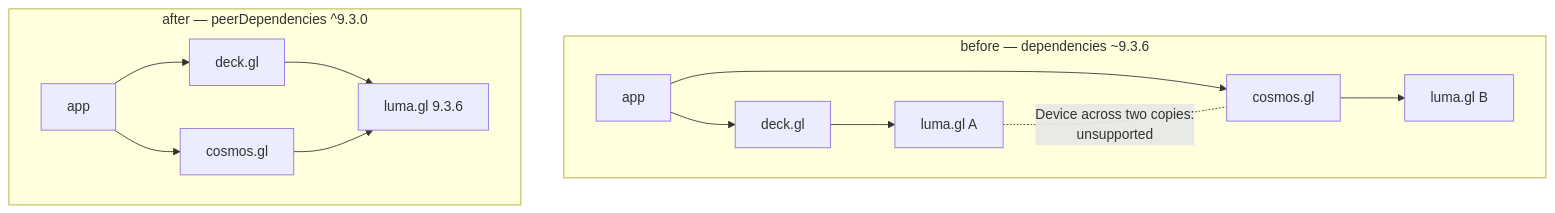
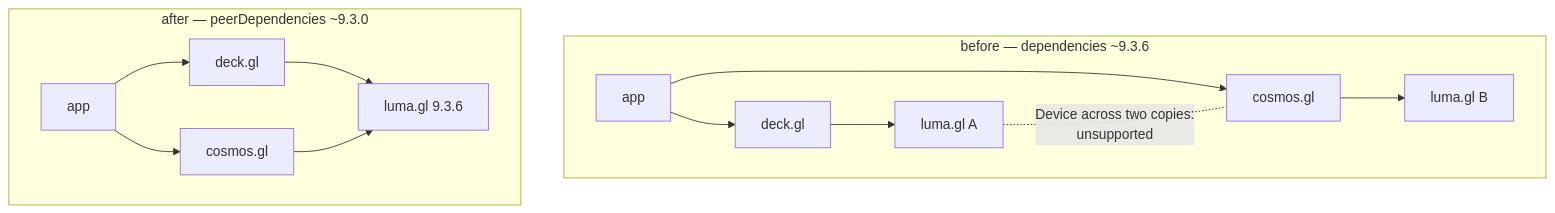
Before and after one commit to cosmosgl/graph: the third of 3 diagrams in docs/host-embedding/README.md, drawn with Mermaid. The commit also changed other lines of this file and 7 other files, not shown here.

````diff
--- a/docs/host-embedding/README.md
+++ b/docs/host-embedding/README.md
@@ -224,12 +224,12 @@
 ```mermaid
 flowchart TB
     subgraph before ["before — dependencies ~9.3.6"]
         A1[app] --> D1[deck.gl] --> L1[luma.gl A]
         A1 --> C1[cosmos.gl] --> L2[luma.gl B]
         L1 -. "Device across two copies:<br/>unsupported" .- C1
     end
-    subgraph after ["after — peerDependencies ^9.3.0"]
+    subgraph after ["after — peerDependencies ~9.3.0"]
         A2[app] --> D2[deck.gl] --> L3[luma.gl 9.3.6]
         A2 --> C2[cosmos.gl] --> L3
     end
 ```
````
